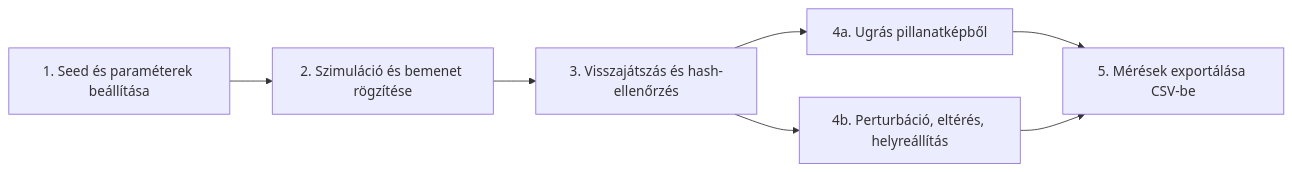
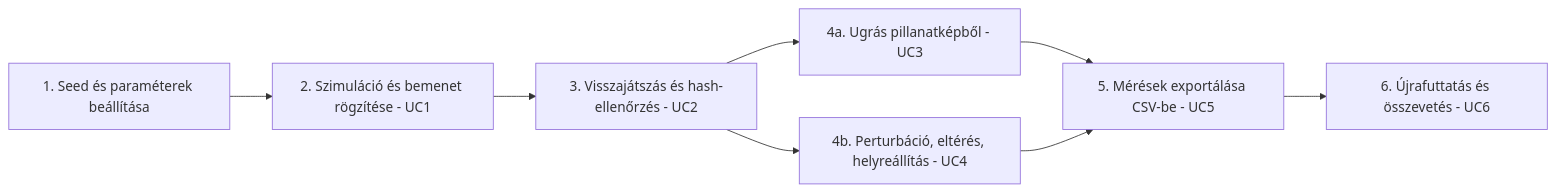
Before and after one commit to Mgodisai/deterministic-replay-lab: the first of 2 diagrams in 00-project/02-specification.md, drawn with Mermaid. The commit also changed other lines of this file, not shown here.

````diff
--- a/00-project/02-specification.md
+++ b/00-project/02-specification.md
@@ -181,9 +218,10 @@
 ```mermaid
 flowchart LR
-  Config[1. Seed és paraméterek beállítása] --> Rec[2. Szimuláció és bemenet rögzítése]
-  Rec --> Rep[3. Visszajátszás és hash-ellenőrzés]
-  Rep --> Seek[4a. Ugrás pillanatképből]
-  Rep --> Pert[4b. Perturbáció, eltérés, helyreállítás]
-  Seek --> Exp[5. Mérések exportálása CSV-be]
+  Config[1. Seed és paraméterek beállítása] --> Rec[2. Szimuláció és bemenet rögzítése - UC1]
+  Rec --> Rep[3. Visszajátszás és hash-ellenőrzés - UC2]
+  Rep --> Seek[4a. Ugrás pillanatképből - UC3]
+  Rep --> Pert[4b. Perturbáció, eltérés, helyreállítás - UC4]
+  Seek --> Exp[5. Mérések exportálása CSV-be - UC5]
   Pert --> Exp
+  Exp --> Ver[6. Újrafuttatás és összevetés - UC6]
 ```
````
